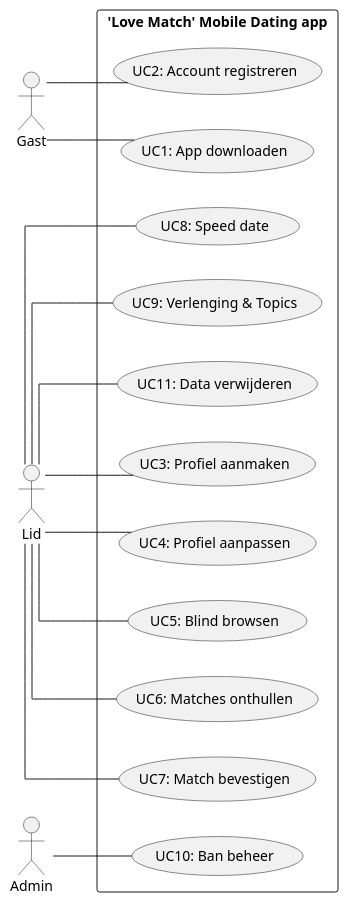
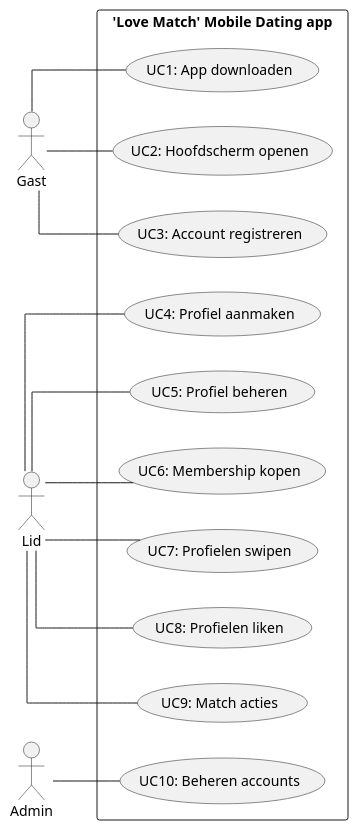
The diagram in UsecaseDiagram.puml (Samboterham91/LoveMatch), drawn with PlantUML before and after one commit. The commit also changed 2 other files, not shown here.

Commit message:
Diagrammen bijgewerkt
UC-diagram bijgewerkt en  voor beide diagrammen png's gexporteerd

```diff
--- a/UsecaseDiagram.puml
+++ b/UsecaseDiagram.puml
@@ -1,31 +1,29 @@
 @startuml
 skinparam Linetype Ortho
 left to right direction
 actor Gast as g
 actor Lid as l
 actor Admin as a
 rectangle "'Love Match' Mobile Dating app" {
     usecase uc1 as "UC1: App downloaden"
-    usecase uc2 as "UC2: Account registreren"
-    usecase uc3 as "UC3: Profiel aanmaken"
-    usecase uc4 as "UC4: Profiel aanpassen"
-    usecase uc5 as "UC5: Blind browsen"
-    usecase uc6 as "UC6: Matches onthullen"
-    usecase uc7 as "UC7: Match bevestigen"
-    usecase uc8 as "UC8: Speed date"
-    usecase uc9 as "UC9: Verlenging & Topics"
-    usecase uc10 as "UC10: Ban beheer"
-    usecase uc11 as "UC11: Data verwijderen"
+    usecase uc2 as "UC2: Hoofdscherm openen"
+    usecase uc3 as "UC3: Account registreren"
+    usecase uc4 as "UC4: Profiel aanmaken"
+    usecase uc5 as "UC5: Profiel beheren"
+    usecase uc6 as "UC6: Membership kopen"
+    usecase uc7 as "UC7: Profielen swipen"
+    usecase uc8 as "UC8: Profielen liken"
+    usecase uc9 as "UC9: Match acties"
+    usecase uc10 as "UC10: Beheren accounts"
     }
  g -- uc1
  g -- uc2
- l -- uc3
+ g -- uc3
  l -- uc4
  l -- uc5
  l -- uc6
  l -- uc7
  l -- uc8
  l -- uc9
  a -- uc10
- l -- uc11
 @enduml
```
